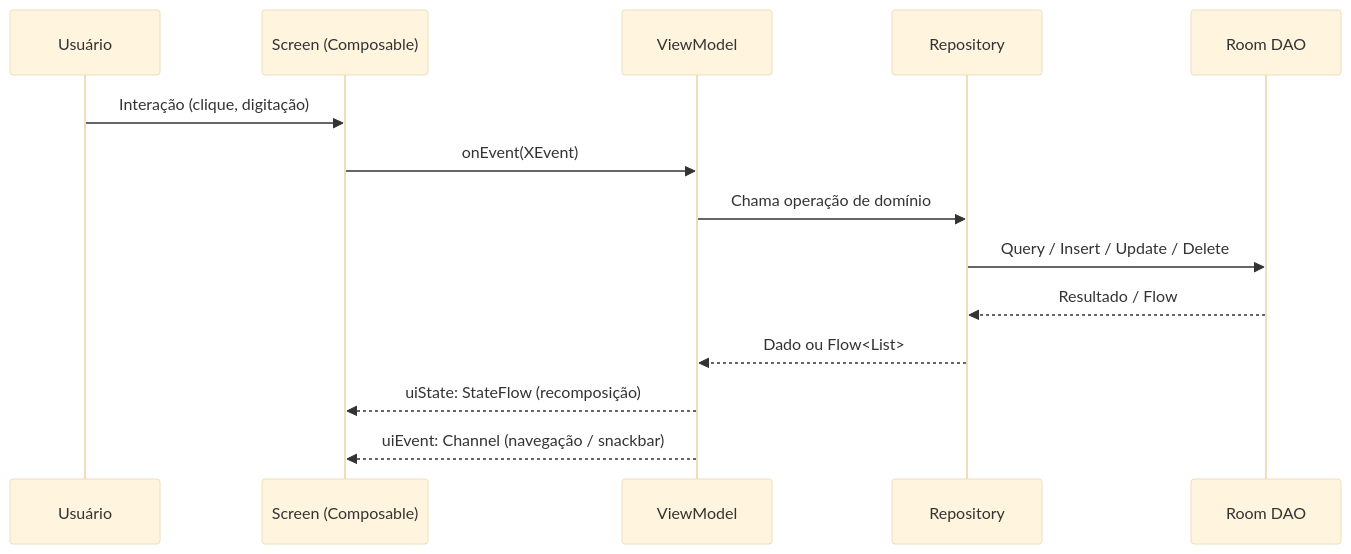
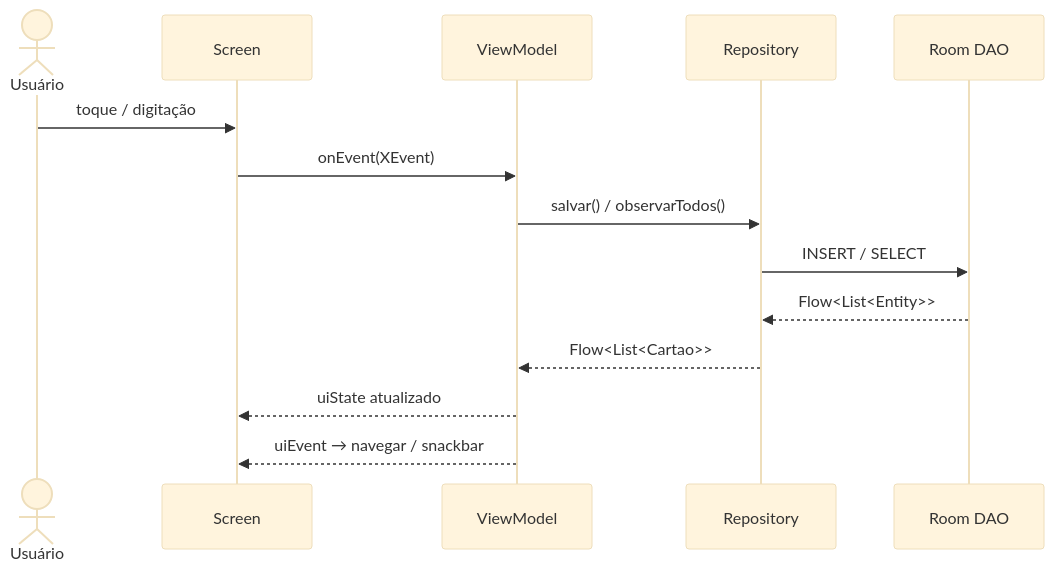
Before and after one commit to capgustavo012/ProjetoFinalAndroid: the second of 2 diagrams in README.md, drawn with Mermaid (base theme). The commit also changed other lines of this file and 1 other file, not shown here.

````diff
--- a/README.md
+++ b/README.md
@@ -286,17 +122,17 @@
 ```mermaid
 sequenceDiagram
-    participant U as Usuário
-    participant S as Screen (Composable)
+    actor U as Usuário
+    participant S as Screen
     participant VM as ViewModel
     participant R as Repository
     participant DB as Room DAO
 
-    U->>S: Interação (clique, digitação)
+    U->>S: toque / digitação
     S->>VM: onEvent(XEvent)
-    VM->>R: Chama operação de domínio
-    R->>DB: Query / Insert / Update / Delete
-    DB-->>R: Resultado / Flow
-    R-->>VM: Dado ou Flow<List>
-    VM-->>S: uiState: StateFlow (recomposição)
-    VM-->>S: uiEvent: Channel (navegação / snackbar)
+    VM->>R: salvar() / observarTodos()
+    R->>DB: INSERT / SELECT
+    DB-->>R: Flow<List<Entity>>
+    R-->>VM: Flow<List<Cartao>>
+    VM-->>S: uiState atualizado
+    VM-->>S: uiEvent → navegar / snackbar
 ```
````
